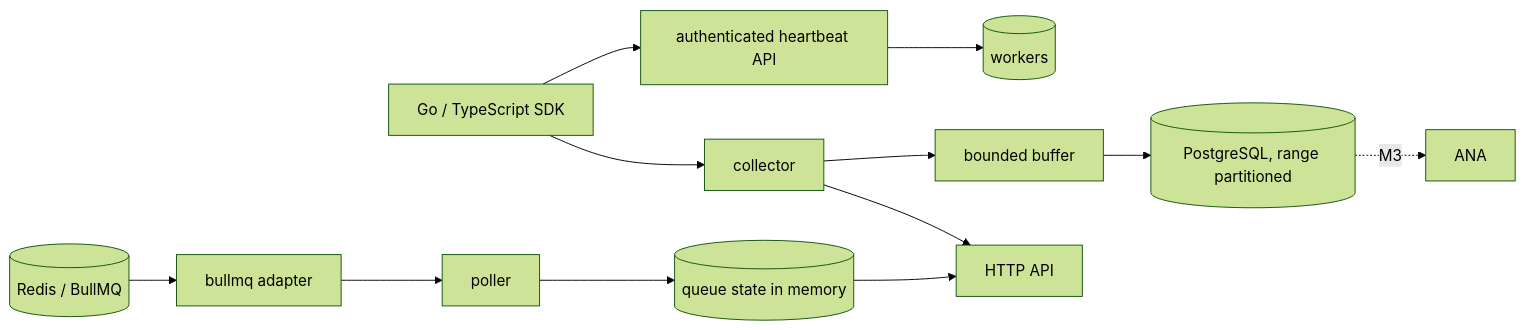
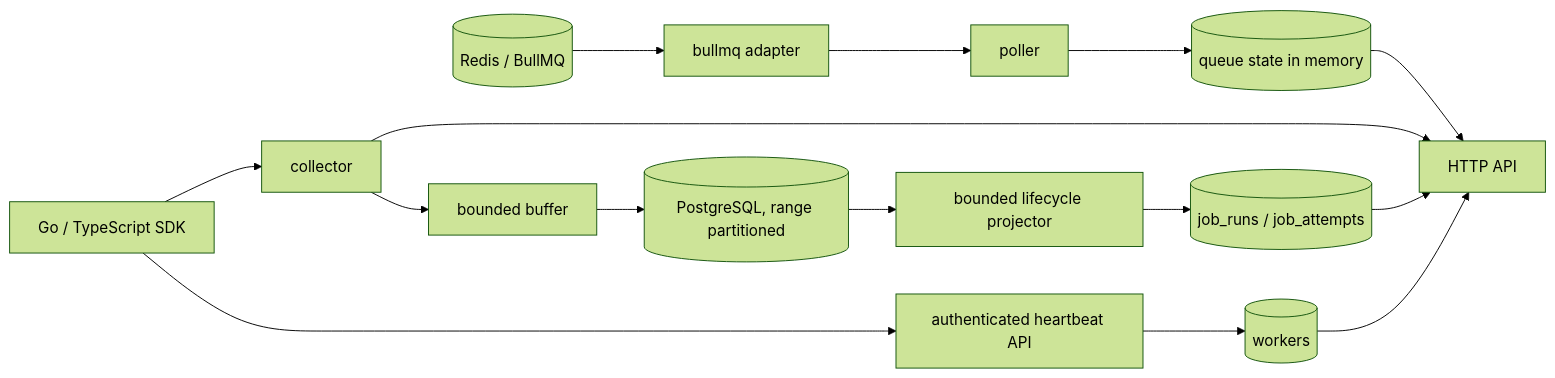
The second of 2 diagrams in docs/ARCHITECTURE.md (Shellghostt/QueueLens), drawn with Mermaid (forest theme) before and after one commit. The commit also changed other lines of this file and 7 other files, not shown here.

````diff
--- a/docs/ARCHITECTURE.md
+++ b/docs/ARCHITECTURE.md
@@ -33,14 +34,17 @@
 ```mermaid
 flowchart LR
     BULL[(Redis / BullMQ)] --> ADP[bullmq adapter]
     ADP --> POL[poller]
     POL --> QV[(queue state in memory)]
     SDK[Go / TypeScript SDK] --> COL[collector]
     SDK --> HB[authenticated heartbeat API]
     HB --> WK[(workers)]
     COL --> BUF[bounded buffer]
     BUF --> PG[(PostgreSQL, range partitioned)]
     QV --> API[HTTP API]
     COL --> API
-    PG -.->|M3| ANA
+    PG --> FOLD[bounded lifecycle projector]
+    FOLD --> RUN[(job_runs / job_attempts)]
+    RUN --> API
+    WK --> API
 ```
````
